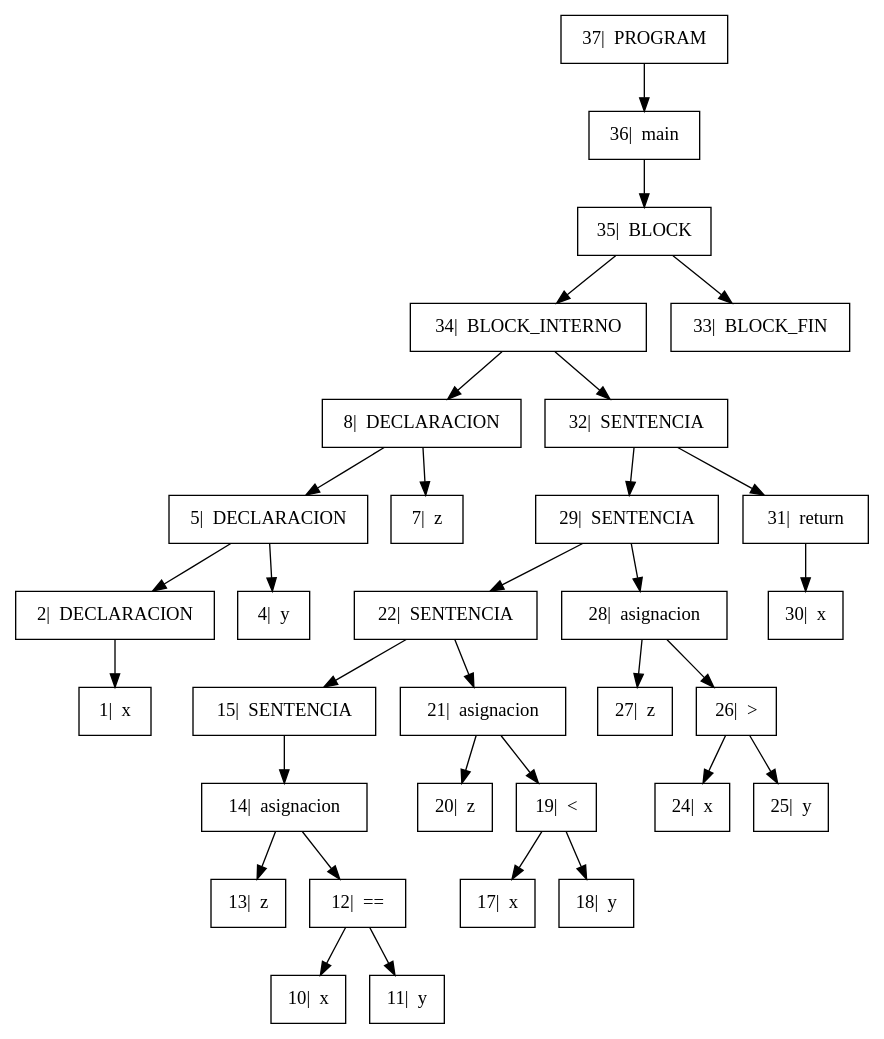
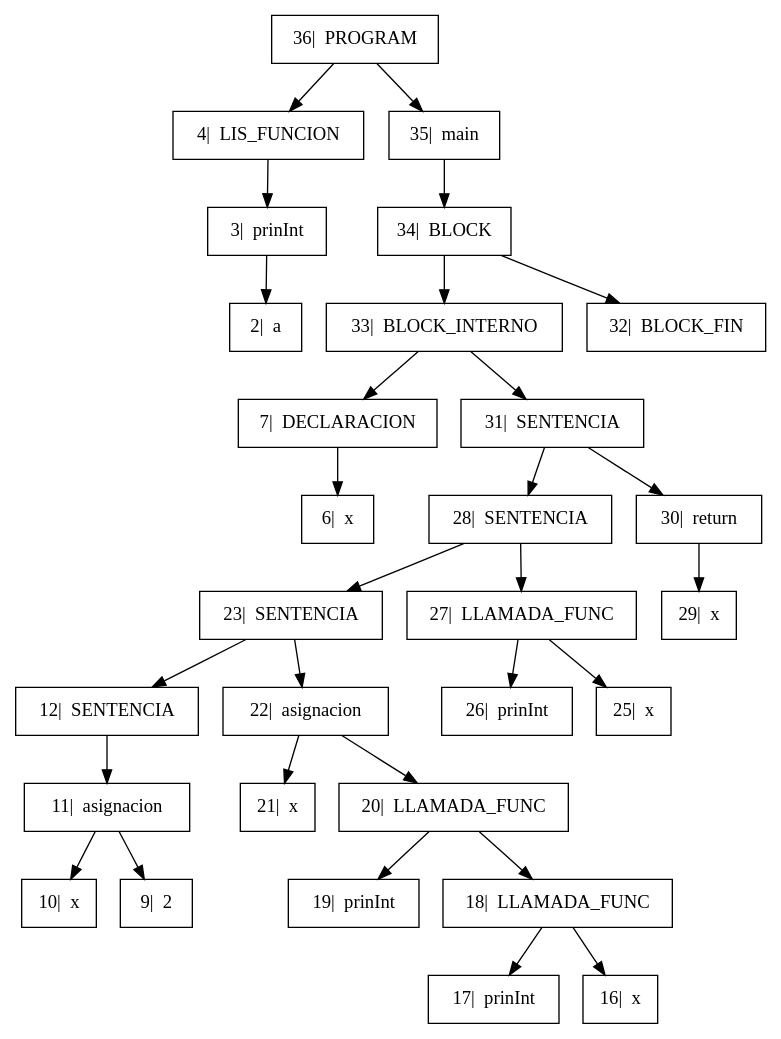
Before and after one commit to GiovA07/PRE-PROYECTO-COMPILADORES: the diagram in Proyecto/output/Arbol.dot, drawn with Graphviz. The commit also changed 9 other files, not shown here.

```diff
--- a/Proyecto/output/Arbol.dot
+++ b/Proyecto/output/Arbol.dot
@@ -1,24 +1,23 @@
 digraph{
 
 rankdir=TB;
 
 node[shape=box];
-"37|  PROGRAM" -> "36|  main" ;
-"36|  main" -> "35|  BLOCK" ;
-"35|  BLOCK" -> "34|  BLOCK_INTERNO", "33|  BLOCK_FIN";
-"34|  BLOCK_INTERNO" -> "8|  DECLARACION", "32|  SENTENCIA";
-"8|  DECLARACION" -> "5|  DECLARACION", "7|  z";
-"5|  DECLARACION" -> "2|  DECLARACION", "4|  y";
-"2|  DECLARACION" -> "1|  x" ;
-"32|  SENTENCIA" -> "29|  SENTENCIA", "31|  return";
-"29|  SENTENCIA" -> "22|  SENTENCIA", "28|  asignacion";
-"22|  SENTENCIA" -> "15|  SENTENCIA", "21|  asignacion";
-"15|  SENTENCIA" -> "14|  asignacion" ;
-"14|  asignacion" -> "13|  z", "12|  ==";
-"12|  ==" -> "10|  x", "11|  y";
-"21|  asignacion" -> "20|  z", "19|  <";
-"19|  <" -> "17|  x", "18|  y";
-"28|  asignacion" -> "27|  z", "26|  >";
-"26|  >" -> "24|  x", "25|  y";
-"31|  return" -> "30|  x" ;
+"36|  PROGRAM" -> "4|  LIS_FUNCION", "35|  main";
+"4|  LIS_FUNCION" -> "3|  prinInt" ;
+"3|  prinInt" -> "2|  a" ;
+"35|  main" -> "34|  BLOCK" ;
+"34|  BLOCK" -> "33|  BLOCK_INTERNO", "32|  BLOCK_FIN";
+"33|  BLOCK_INTERNO" -> "7|  DECLARACION", "31|  SENTENCIA";
+"7|  DECLARACION" -> "6|  x" ;
+"31|  SENTENCIA" -> "28|  SENTENCIA", "30|  return";
+"28|  SENTENCIA" -> "23|  SENTENCIA", "27|  LLAMADA_FUNC";
+"23|  SENTENCIA" -> "12|  SENTENCIA", "22|  asignacion";
+"12|  SENTENCIA" -> "11|  asignacion" ;
+"11|  asignacion" -> "10|  x", "9|  2";
+"22|  asignacion" -> "21|  x", "20|  LLAMADA_FUNC";
+"20|  LLAMADA_FUNC" -> "19|  prinInt", "18|  LLAMADA_FUNC";
+"18|  LLAMADA_FUNC" -> "17|  prinInt", "16|  x";
+"27|  LLAMADA_FUNC" -> "26|  prinInt", "25|  x";
+"30|  return" -> "29|  x" ;
 }
```
